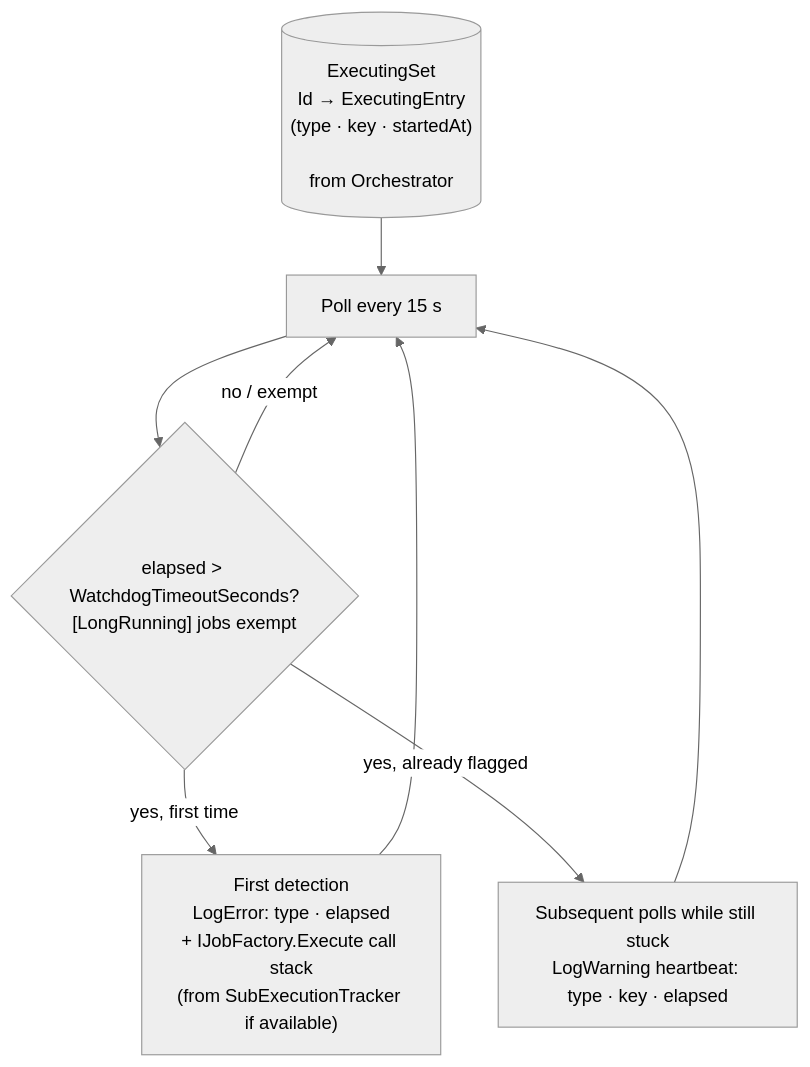
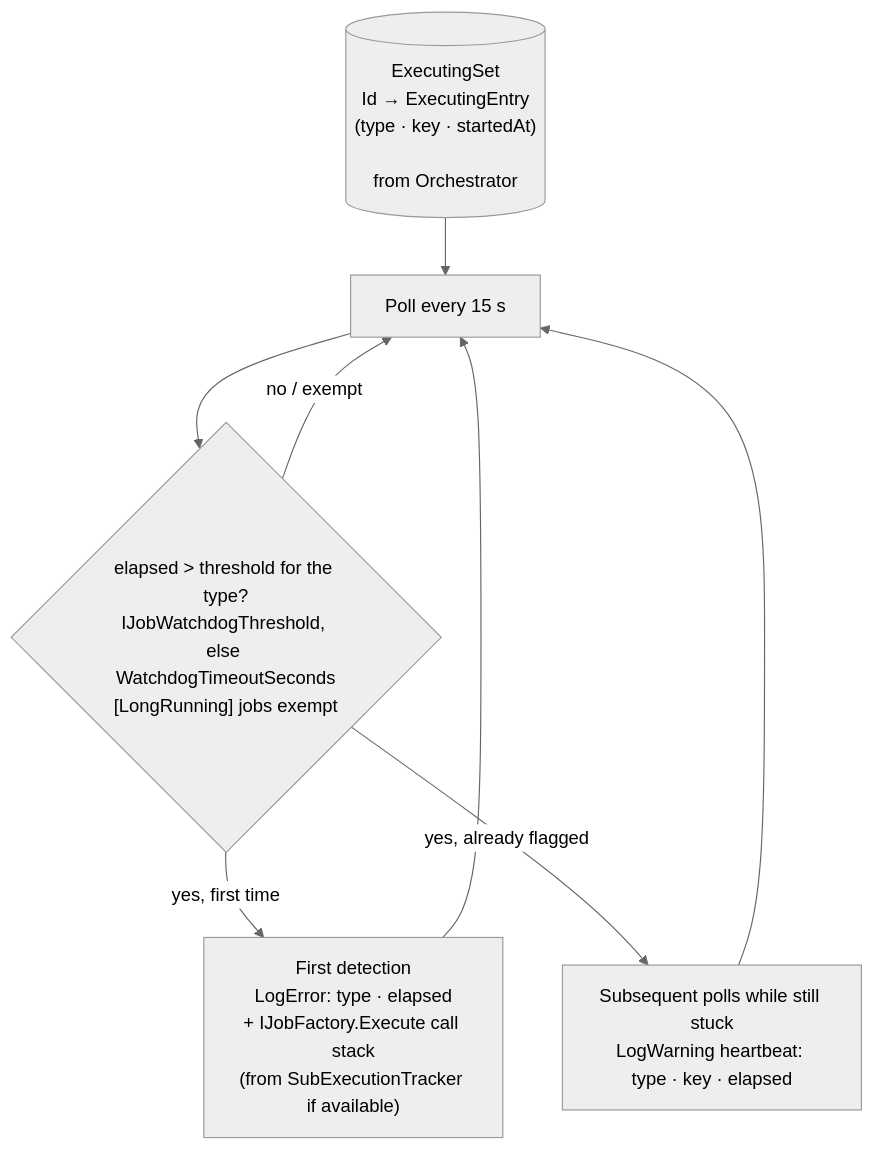
One commit to ShokoAnime/ShokoServer changed the fifth of 5 diagrams in Shoko.QueueProcessor/README.md. Above: the diagram before and after it, drawn with Mermaid (neutral theme). The commit also changed other lines of this file and 16 other files, not shown here.

First line of the commit message:
feat(queue): let a job declare its own watchdog threshold

````diff
--- a/Shoko.QueueProcessor/README.md
+++ b/Shoko.QueueProcessor/README.md
@@ -626,14 +626,14 @@
 ```mermaid
 flowchart TD
     EXEC[("ExecutingSet\nId → ExecutingEntry\n(type · key · startedAt)\n\nfrom Orchestrator")]
     WPOLL["Poll every 15 s"]
-    WCHECK{"elapsed > WatchdogTimeoutSeconds?\n[LongRunning] jobs exempt"}
+    WCHECK{"elapsed > threshold for the type?\nIJobWatchdogThreshold, else WatchdogTimeoutSeconds\n[LongRunning] jobs exempt"}
     WFIRST["First detection\nLogError: type · elapsed\n+ IJobFactory.Execute call stack\n(from SubExecutionTracker if available)"]
     WHEAT["Subsequent polls while still stuck\nLogWarning heartbeat: type · key · elapsed"]
 
     EXEC --> WPOLL --> WCHECK
     WCHECK -- "no / exempt" --> WPOLL
     WCHECK -- "yes, first time" --> WFIRST
     WCHECK -- "yes, already flagged" --> WHEAT
     WFIRST & WHEAT --> WPOLL
 ```
````
